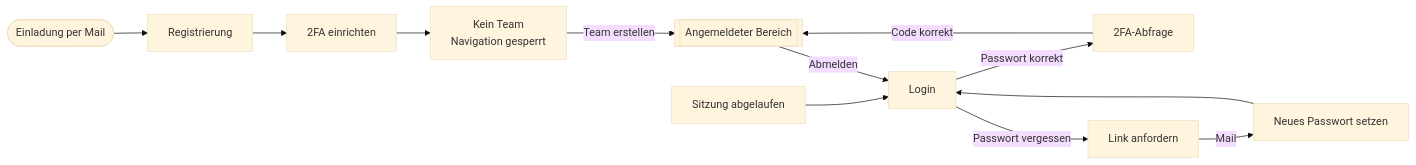
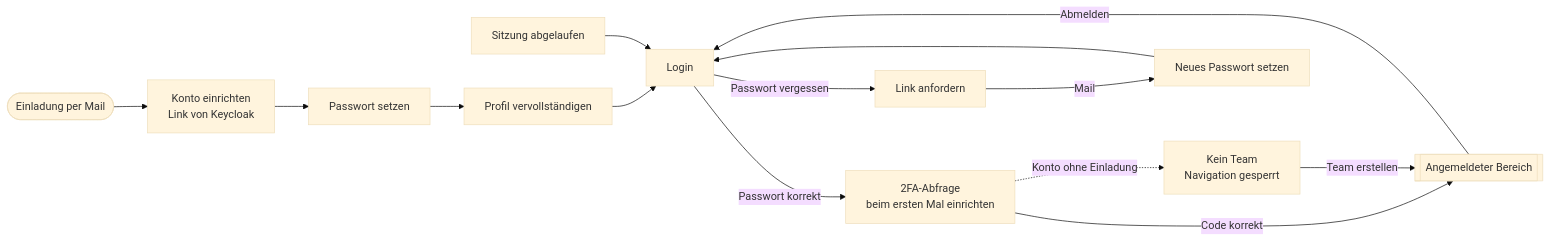
The first of 2 diagrams in docs/site-structure.md (teamphive/phisheye), drawn with Mermaid (base theme) before and after one commit. The commit also changed other lines of this file and 26 other files, not shown here.

````diff
--- a/docs/site-structure.md
+++ b/docs/site-structure.md
@@ -7,15 +7,17 @@
 ```mermaid
 flowchart LR
-  invite([Einladung per Mail]) --> reg["Registrierung"]
-  reg --> setup["2FA einrichten"]
-  setup --> noteam["Kein Team<br>Navigation gesperrt"]
-  noteam -->|Team erstellen| app[["Angemeldeter Bereich"]]
+  invite([Einladung per Mail]) --> setup["Konto einrichten<br>Link von Keycloak"]
+  setup --> pw["Passwort setzen"]
+  pw --> profile["Profil vervollständigen"]
+  profile --> login
 
-  login["Login"] -->|Passwort korrekt| twofa["2FA-Abfrage"]
-  twofa -->|Code korrekt| app
+  login["Login"] -->|Passwort korrekt| twofa["2FA-Abfrage<br>beim ersten Mal einrichten"]
+  twofa -->|Code korrekt| app[["Angemeldeter Bereich"]]
+  twofa -.->|Konto ohne Einladung| noteam["Kein Team<br>Navigation gesperrt"]
+  noteam -->|Team erstellen| app
   login -->|Passwort vergessen| forgot["Link anfordern"]
   forgot -->|Mail| reset["Neues Passwort setzen"]
   reset --> login
   expired["Sitzung abgelaufen"] --> login
   app -->|Abmelden| login
 ```
````
